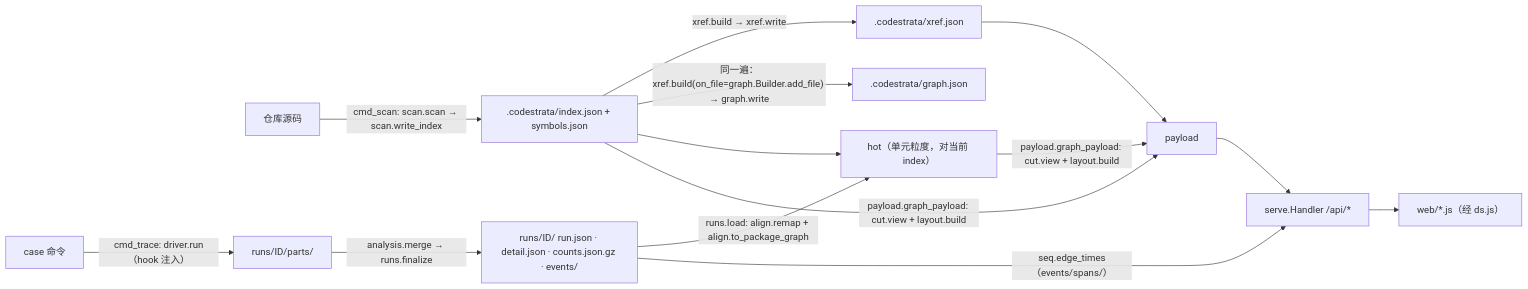
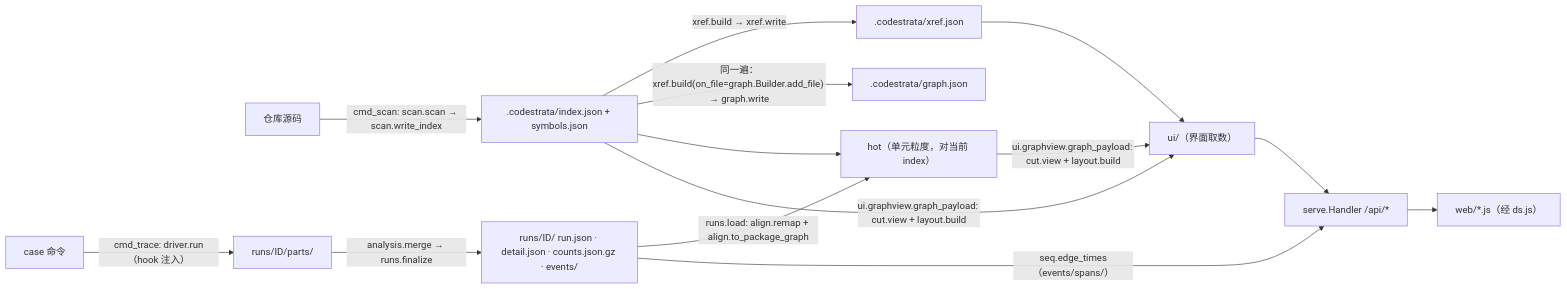
Before and after one commit to noviorlu/codestrata: the diagram in docs/ARCHITECTURE.md, drawn with Mermaid. The commit also changed other lines of this file and 23 other files, not shown here.

First line of the commit message:
Split payload.py into ui/ (graphview, edge, source, search, load)

````diff
--- a/docs/ARCHITECTURE.md
+++ b/docs/ARCHITECTURE.md
@@ -41,15 +41,15 @@
 ```mermaid
 flowchart LR
   SRC["仓库源码"] -->|"cmd_scan: scan.scan → scan.write_index"| IDX[".codestrata/index.json + symbols.json"]
   IDX -->|"xref.build → xref.write"| XR[".codestrata/xref.json"]
   IDX -->|"同一遍：xref.build(on_file=graph.Builder.add_file) → graph.write"| GR[".codestrata/graph.json"]
   CMD["case 命令"] -->|"cmd_trace: driver.run（hook 注入）"| PARTS["runs/ID/parts/"]
   PARTS -->|"analysis.merge → runs.finalize"| RUN["runs/ID/ run.json · detail.json · counts.json.gz · events/"]
   RUN -->|"runs.load: align.remap + align.to_package_graph"| HOT["hot（单元粒度，对当前 index）"]
   IDX --> HOT
-  IDX & HOT -->|"payload.graph_payload: cut.view + layout.build"| PL["payload"]
+  IDX & HOT -->|"ui.graphview.graph_payload: cut.view + layout.build"| PL["ui/（界面取数）"]
   XR --> PL
   RUN -->|"seq.edge_times（events/spans/）"| API
   PL --> API["serve.Handler /api/*"]
   API --> WEB["web/*.js（经 ds.js）"]
 ```
````
